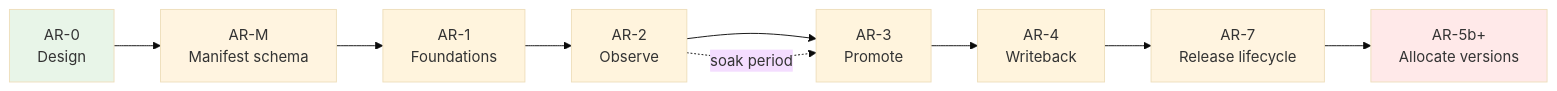
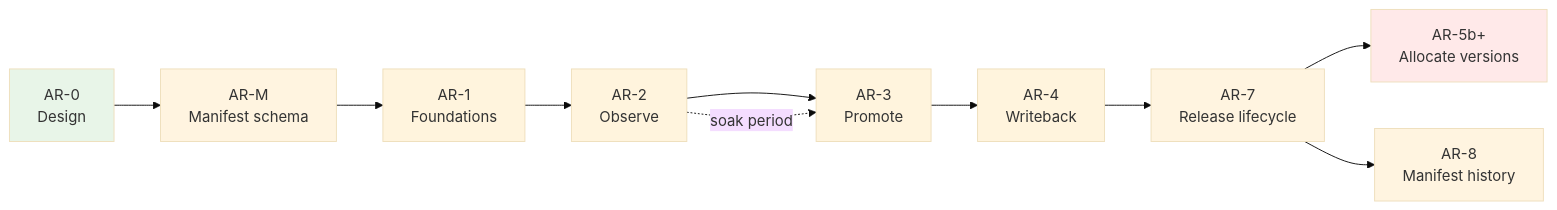
The diagram in tools/app_registry/PLAN.md (whale-net/everything), drawn with Mermaid (base theme) before and after one commit. The commit also changed other lines of this file and 8 other files, not shown here.

````diff
--- a/tools/app_registry/PLAN.md
+++ b/tools/app_registry/PLAN.md
@@ -179,15 +179,17 @@
 ```mermaid
 graph LR
     AR0["AR-0<br/>Design"] --> ARM["AR-M<br/>Manifest schema"]
     ARM --> AR1["AR-1<br/>Foundations"]
     AR1 --> AR2["AR-2<br/>Observe"]
     AR2 --> AR3["AR-3<br/>Promote"]
     AR3 --> AR4["AR-4<br/>Writeback"]
     AR4 --> AR7["AR-7<br/>Release lifecycle"]
     AR7 --> AR5["AR-5b+<br/>Allocate versions"]
+    AR7 --> AR8["AR-8<br/>Manifest history"]
     AR2 -. "soak period" .-> AR3
     style AR0 fill:#e8f5e8
     style ARM fill:#fff4e0
     style AR7 fill:#fff4e0
     style AR5 fill:#ffe9e9
+    style AR8 fill:#fff4e0
 ```
````
